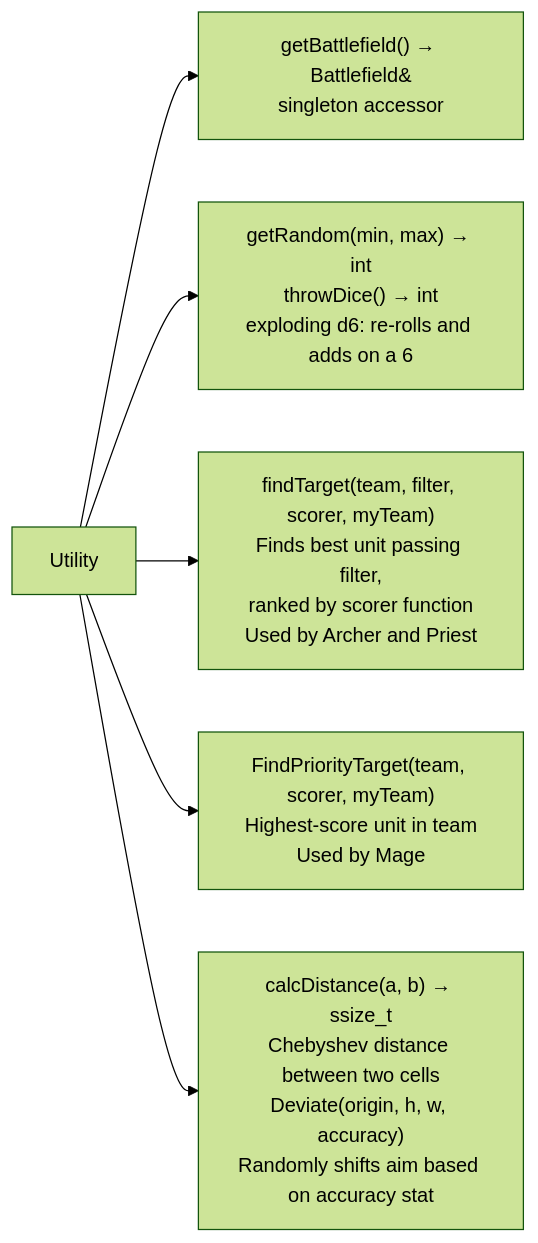
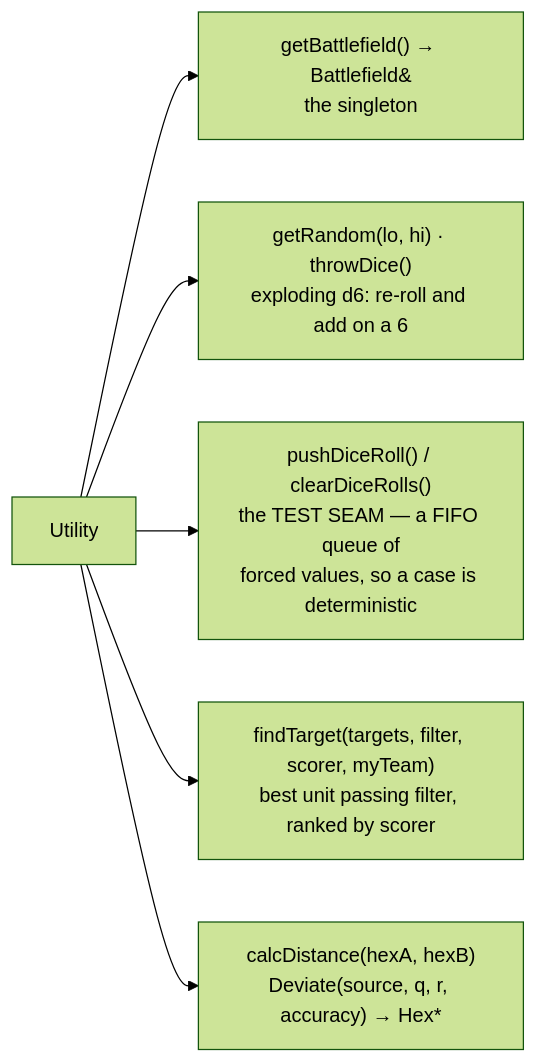
The ninth of 10 diagrams in ARCHITECTURE.md (Tonttu84/gameProject), drawn with Mermaid (forest theme) before and after one commit. The commit also changed other lines of this file and 3 other files, not shown here.

First line of the commit message:
Pay the documentation debt: rewrite ARCHITECTURE.md, write ADDING_SPELLS.md

````diff
--- a/ARCHITECTURE.md
+++ b/ARCHITECTURE.md
@@ -111,9 +326,9 @@
 ```mermaid
 flowchart LR
     U["Utility"]
-    U --> BF["getBattlefield() → Battlefield&\nsingleton accessor"]
-    U --> RNG["getRandom(min, max) → int\nthrowDice() → int\nexploding d6: re-rolls and adds on a 6"]
-    U --> TGT["findTarget(team, filter, scorer, myTeam)\nFinds best unit passing filter,\nranked by scorer function\nUsed by Archer and Priest"]
-    U --> PTGT["FindPriorityTarget(team, scorer, myTeam)\nHighest-score unit in team\nUsed by Mage"]
-    U --> MATH["calcDistance(a, b) → ssize_t\nChebyshev distance between two cells\nDeviate(origin, h, w, accuracy)\nRandomly shifts aim based on accuracy stat"]
+    U --> BF["getBattlefield() → Battlefield&<br/>the singleton"]
+    U --> RNG["getRandom(lo, hi) · throwDice()<br/>exploding d6: re-roll and add on a 6"]
+    U --> MOCK["pushDiceRoll() / clearDiceRolls()<br/>the TEST SEAM — a FIFO queue of<br/>forced values, so a case is deterministic"]
+    U --> TGT["findTarget(targets, filter, scorer, myTeam)<br/>best unit passing filter, ranked by scorer"]
+    U --> MATH["calcDistance(hexA, hexB)<br/>Deviate(source, q, r, accuracy) → Hex*"]
 ```
````
